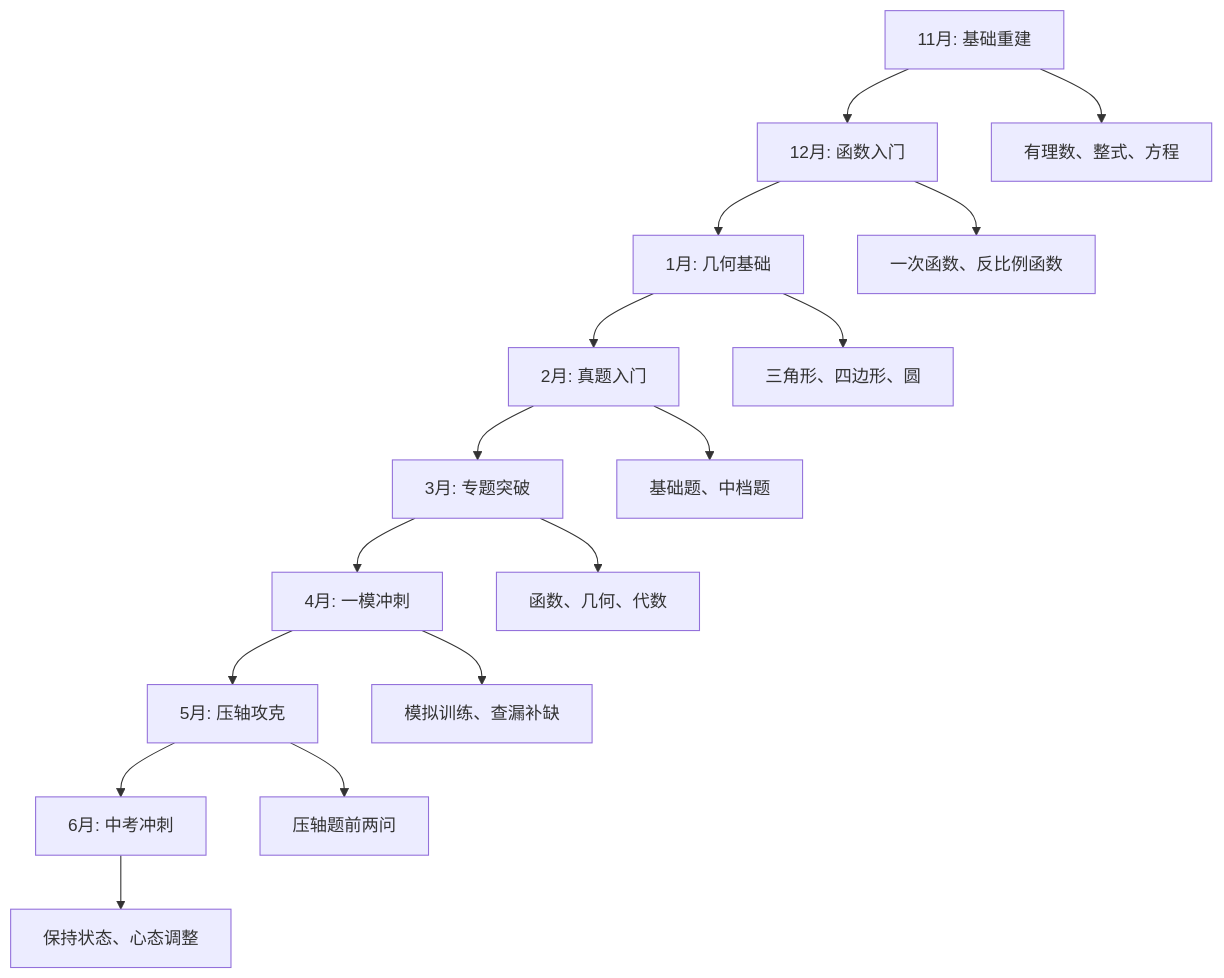
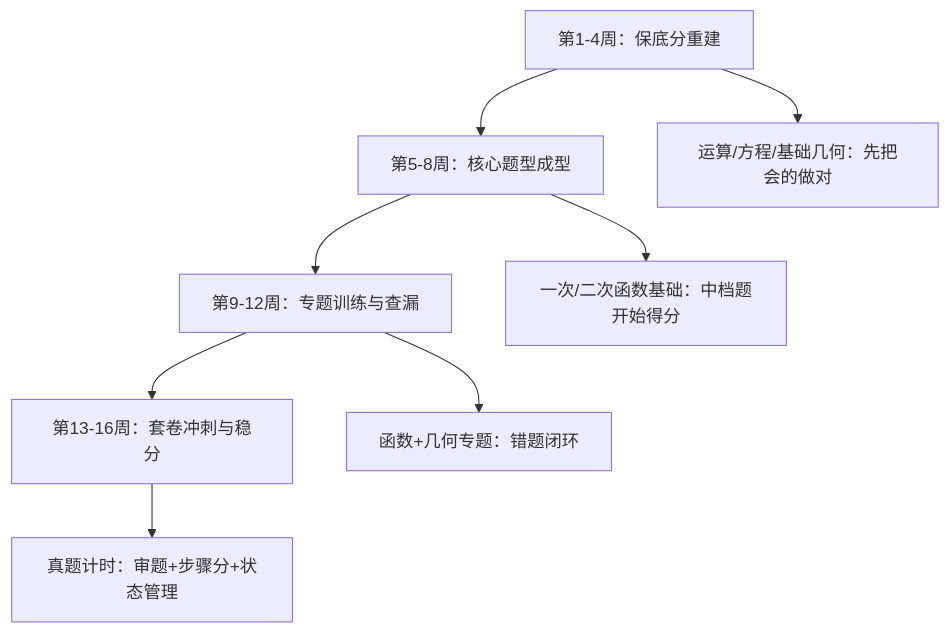
Before and after one commit to nonomil/junior-high-study-rebuild: the first of 6 diagrams in docs-v2/03-数学科目学习指南-从基础到突破.md, drawn with Mermaid. The commit also changed other lines of this file and 52 other files, not shown here.

````diff
--- a/docs-v2/03-数学科目学习指南-从基础到突破.md
+++ b/docs-v2/03-数学科目学习指南-从基础到突破.md
@@ -17,19 +17,11 @@
 ```mermaid
 graph TD
-    A[11月: 基础重建] --> B[12月: 函数入门]
-    B --> C[1月: 几何基础]
-    C --> D[2月: 真题入门]
-    D --> E[3月: 专题突破]
-    E --> F[4月: 一模冲刺]
-    F --> G[5月: 压轴攻克]
-    G --> H[6月: 中考冲刺]
+    A[第1-4周：保底分重建] --> B[第5-8周：核心题型成型]
+    B --> C[第9-12周：专题训练与查漏]
+    C --> D[第13-16周：套卷冲刺与稳分]
     
-    A --> A1[有理数、整式、方程]
-    B --> B1[一次函数、反比例函数]
-    C --> C1[三角形、四边形、圆]
-    D --> D1[基础题、中档题]
-    E --> E1[函数、几何、代数]
-    F --> F1[模拟训练、查漏补缺]
-    G --> G1[压轴题前两问]
-    H --> H1[保持状态、心态调整]
+    A --> A1[运算/方程/基础几何：先把会的做对]
+    B --> B1[一次/二次函数基础：中档题开始得分]
+    C --> C1[函数+几何专题：错题闭环]
+    D --> D1[真题计时：审题+步骤分+状态管理]
 ```
````
